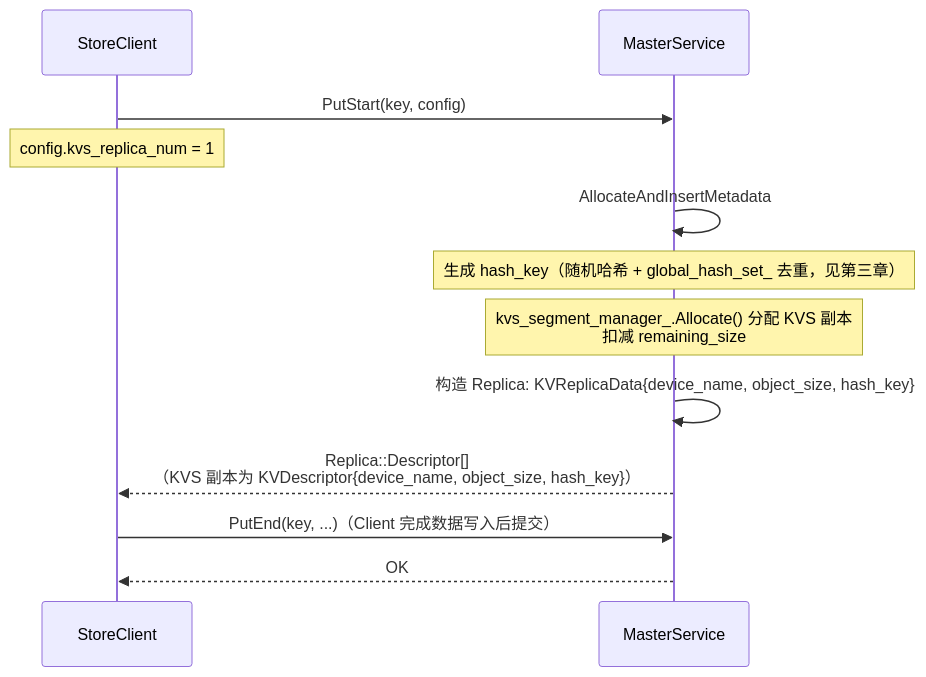
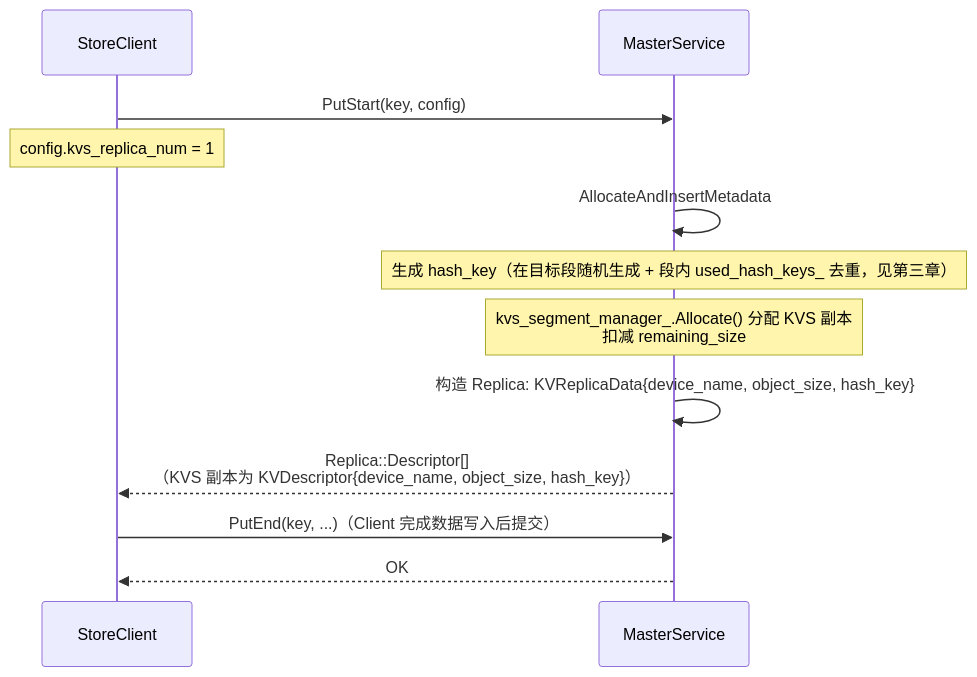
The eighth of 20 diagrams in mooncake-store/docs/KVUSegment_design.md (yz53665/Mooncake), drawn with Mermaid before and after one commit. The commit also changed other lines of this file, not shown here.

````diff
--- a/mooncake-store/docs/KVUSegment_design.md
+++ b/mooncake-store/docs/KVUSegment_design.md
@@ -497,17 +508,17 @@
 ```mermaid
 sequenceDiagram
     participant Client as StoreClient
     participant MS as MasterService
 
     Client->>MS: PutStart(key, config)
     Note over Client: config.kvs_replica_num = 1
 
     MS->>MS: AllocateAndInsertMetadata
-    Note over MS: 生成 hash_key（随机哈希 + global_hash_set_ 去重，见第三章）
+    Note over MS: 生成 hash_key（在目标段随机生成 + 段内 used_hash_keys_ 去重，见第三章）
     Note over MS: kvs_segment_manager_.Allocate() 分配 KVS 副本<br/>扣减 remaining_size
     MS->>MS: 构造 Replica: KVReplicaData{device_name, object_size, hash_key}
     MS-->>Client: Replica::Descriptor[]<br/>（KVS 副本为 KVDescriptor{device_name, object_size, hash_key}）
 
     Client->>MS: PutEnd(key, ...)（Client 完成数据写入后提交）
     MS-->>Client: OK
 ```
````
